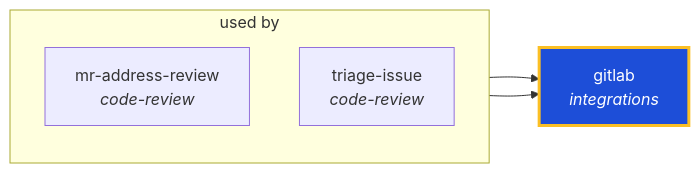
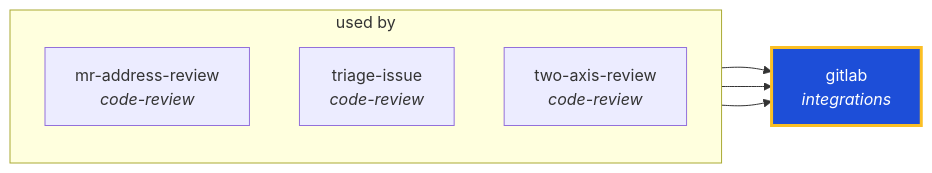
One commit to ThePlenkov/skills changed the diagram in docs/graphs/generated/gitlab.md. Above: the diagram before and after it, drawn with Mermaid. The commit also changed other lines of this file and 76 other files, not shown here.

````diff
--- a/docs/graphs/generated/gitlab.md
+++ b/docs/graphs/generated/gitlab.md
@@ -22,15 +22,17 @@
 ```mermaid
 graph LR
   gitlab["gitlab<br/><i>integrations</i>"]
   classDef center fill:#1d4ed8,stroke:#fbbf24,stroke-width:3px,color:#fff
   class gitlab center
 
   subgraph sg_used_by["used by"]
     direction TB
     mr_address_review["mr-address-review<br/><i>code-review</i>"]
     triage_issue["triage-issue<br/><i>code-review</i>"]
+    two_axis_review["two-axis-review<br/><i>code-review</i>"]
   end
   mr_address_review --> gitlab
   triage_issue --> gitlab
+  two_axis_review --> gitlab
 
 ```
````
